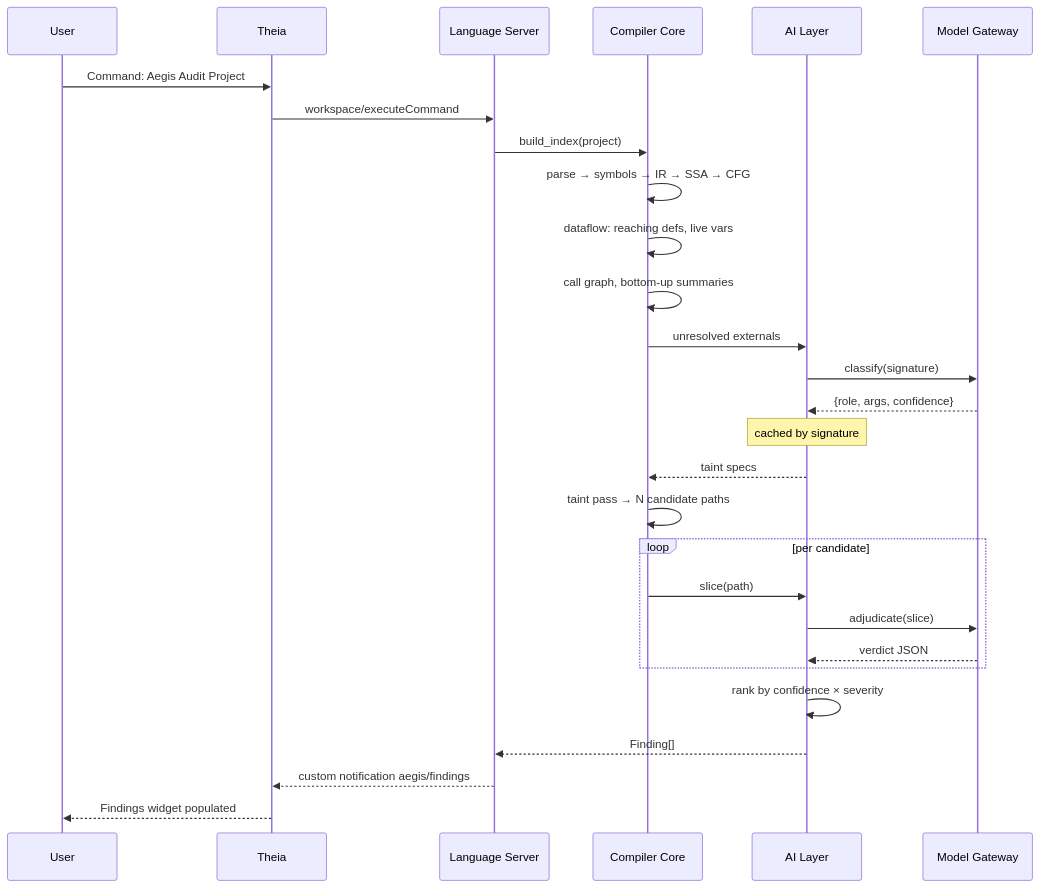
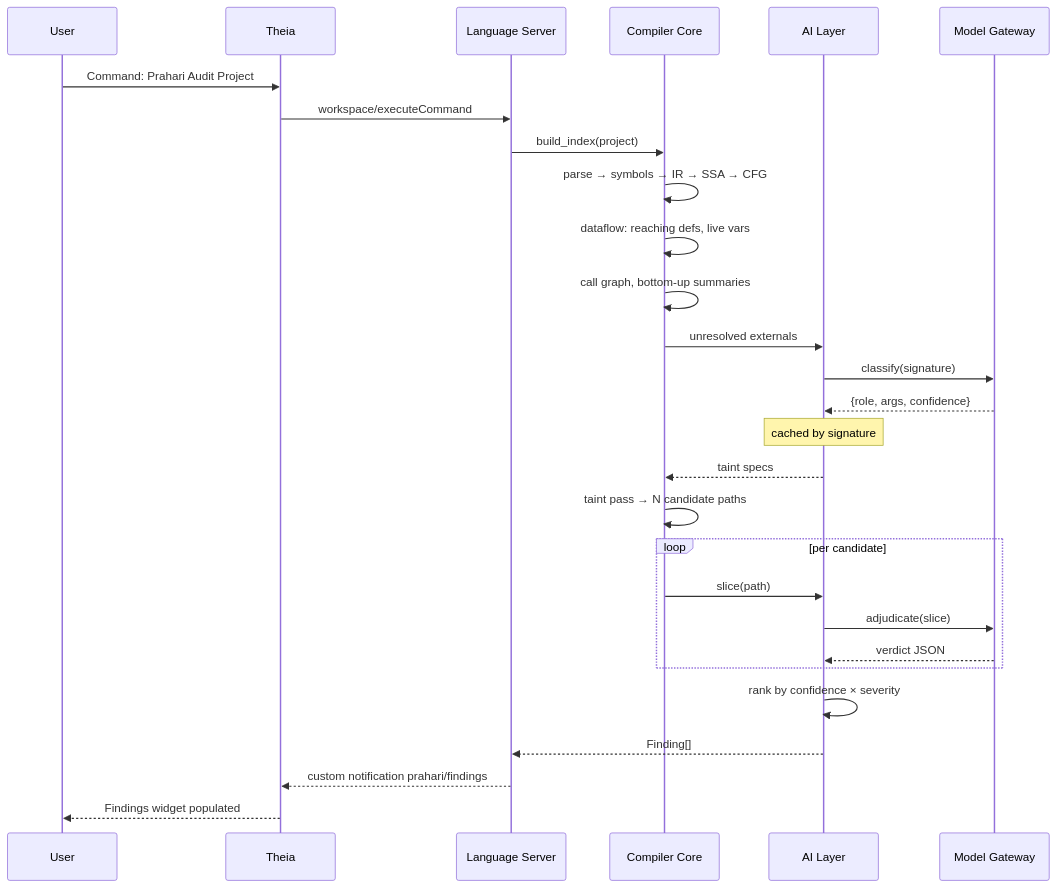
The second of 2 diagrams in docs/planning/build-plan.md (Divyakush2006/aegis), drawn with Mermaid before and after one commit. The commit also changed other lines of this file and 172 other files, not shown here.

First line of the commit message:
Rename the project from Aegis to Prahari

````diff
--- a/docs/planning/build-plan.md
+++ b/docs/planning/build-plan.md
@@ -335,31 +335,31 @@
 ```mermaid
 sequenceDiagram
     participant U as User
     participant T as Theia
     participant L as Language Server
     participant C as Compiler Core
     participant A as AI Layer
     participant G as Model Gateway
 
-    U->>T: Command: Aegis Audit Project
+    U->>T: Command: Prahari Audit Project
     T->>L: workspace/executeCommand
     L->>C: build_index(project)
     C->>C: parse → symbols → IR → SSA → CFG
     C->>C: dataflow: reaching defs, live vars
     C->>C: call graph, bottom-up summaries
     C->>A: unresolved externals
     A->>G: classify(signature)
     G-->>A: {role, args, confidence}
     Note over A: cached by signature
     A-->>C: taint specs
     C->>C: taint pass → N candidate paths
     loop per candidate
         C->>A: slice(path)
         A->>G: adjudicate(slice)
         G-->>A: verdict JSON
     end
     A->>A: rank by confidence × severity
     A-->>L: Finding[]
-    L-->>T: custom notification aegis/findings
+    L-->>T: custom notification prahari/findings
     T-->>U: Findings widget populated
 ```
````
